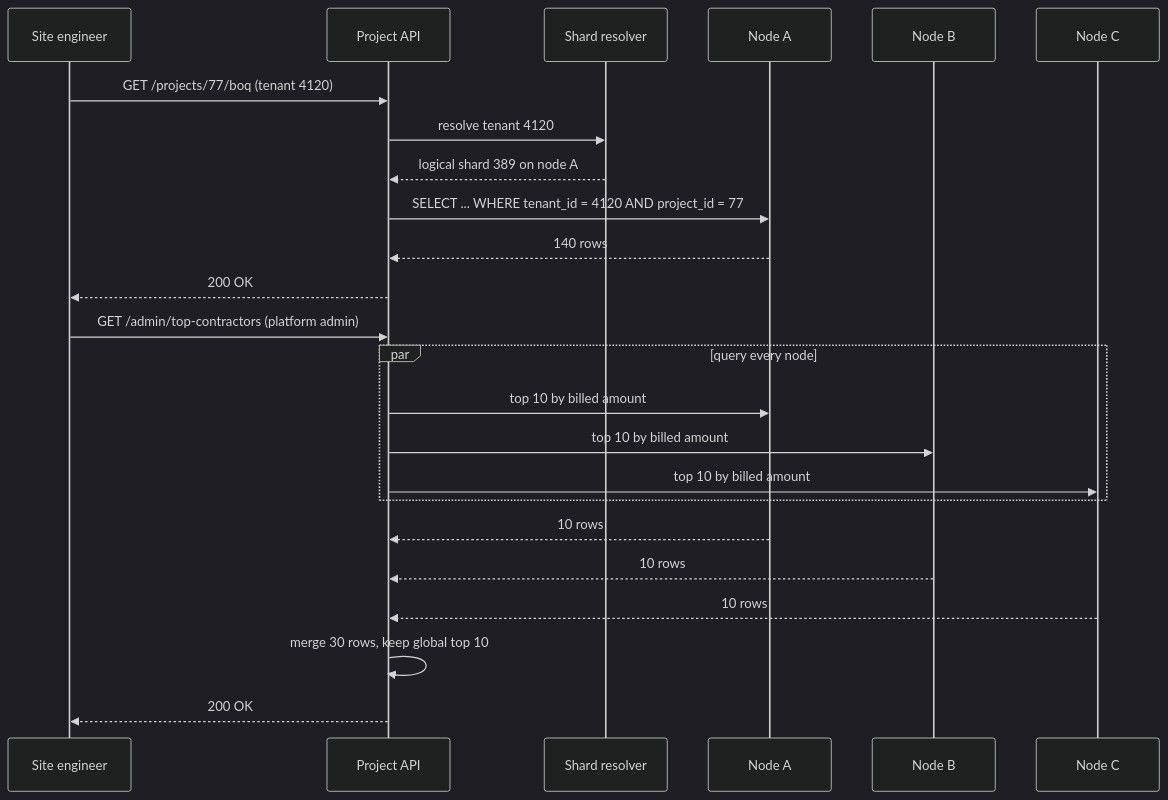
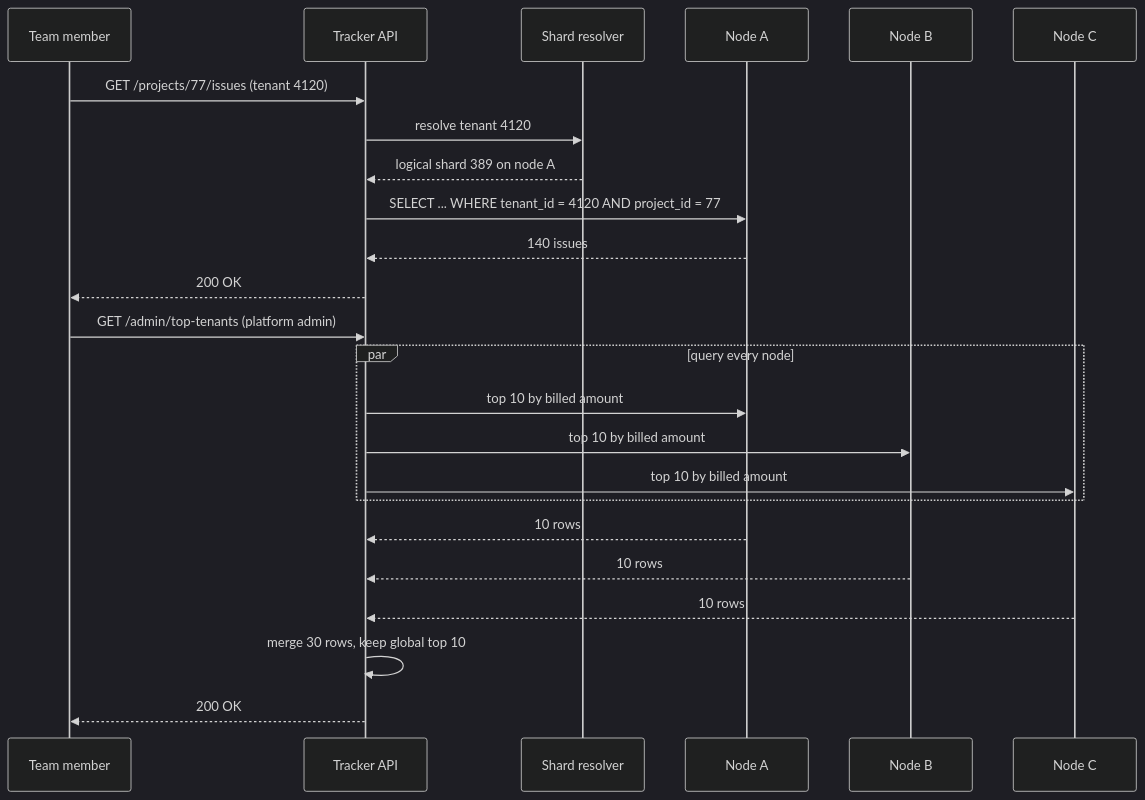
Before and after one commit to rizwi0786/system-design-lab: the second of 3 diagrams in content/lessons/m09/m09-partitioning-sharding.md, drawn with Mermaid (dark theme). The commit also changed other lines of this file and 334 other files, not shown here.

````diff
--- a/content/lessons/m09/m09-partitioning-sharding.md
+++ b/content/lessons/m09/m09-partitioning-sharding.md
@@ -217,26 +217,26 @@
 ```mermaid
 sequenceDiagram
-    participant U as Site engineer
-    participant API as Project API
+    participant U as Team member
+    participant API as Tracker API
     participant Res as Shard resolver
     participant A as Node A
     participant B as Node B
     participant C as Node C
-    U->>API: GET /projects/77/boq (tenant 4120)
+    U->>API: GET /projects/77/issues (tenant 4120)
     API->>Res: resolve tenant 4120
     Res-->>API: logical shard 389 on node A
     API->>A: SELECT ... WHERE tenant_id = 4120 AND project_id = 77
-    A-->>API: 140 rows
+    A-->>API: 140 issues
     API-->>U: 200 OK
-    U->>API: GET /admin/top-contractors (platform admin)
+    U->>API: GET /admin/top-tenants (platform admin)
     par query every node
         API->>A: top 10 by billed amount
         API->>B: top 10 by billed amount
         API->>C: top 10 by billed amount
     end
     A-->>API: 10 rows
     B-->>API: 10 rows
     C-->>API: 10 rows
     API->>API: merge 30 rows, keep global top 10
     API-->>U: 200 OK
 ```
````
